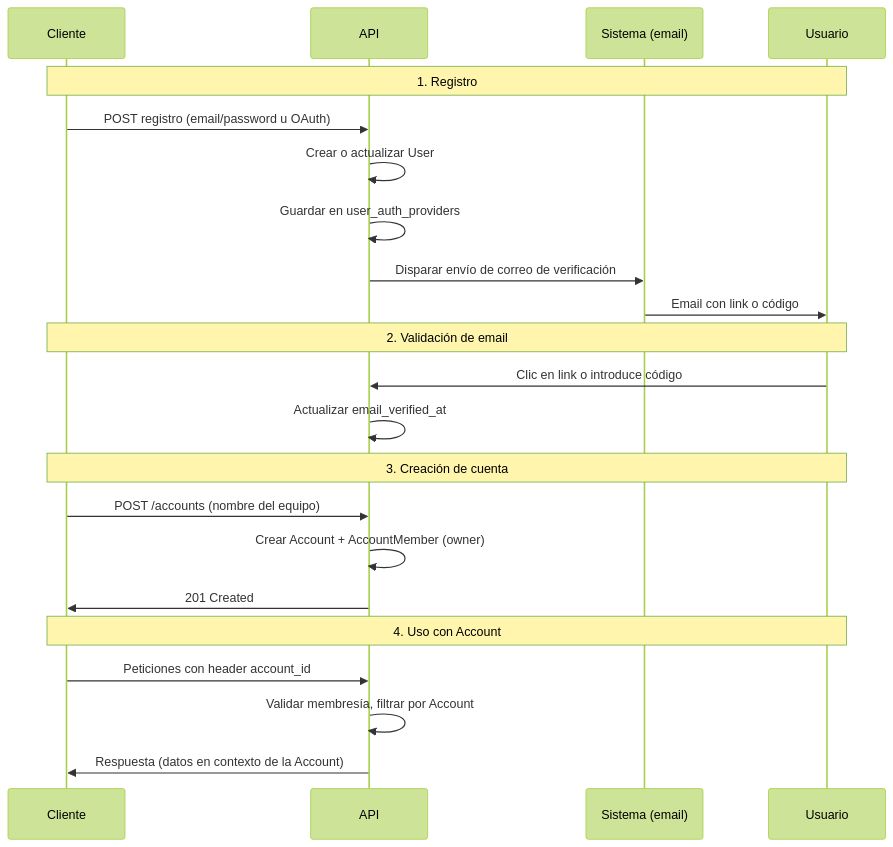
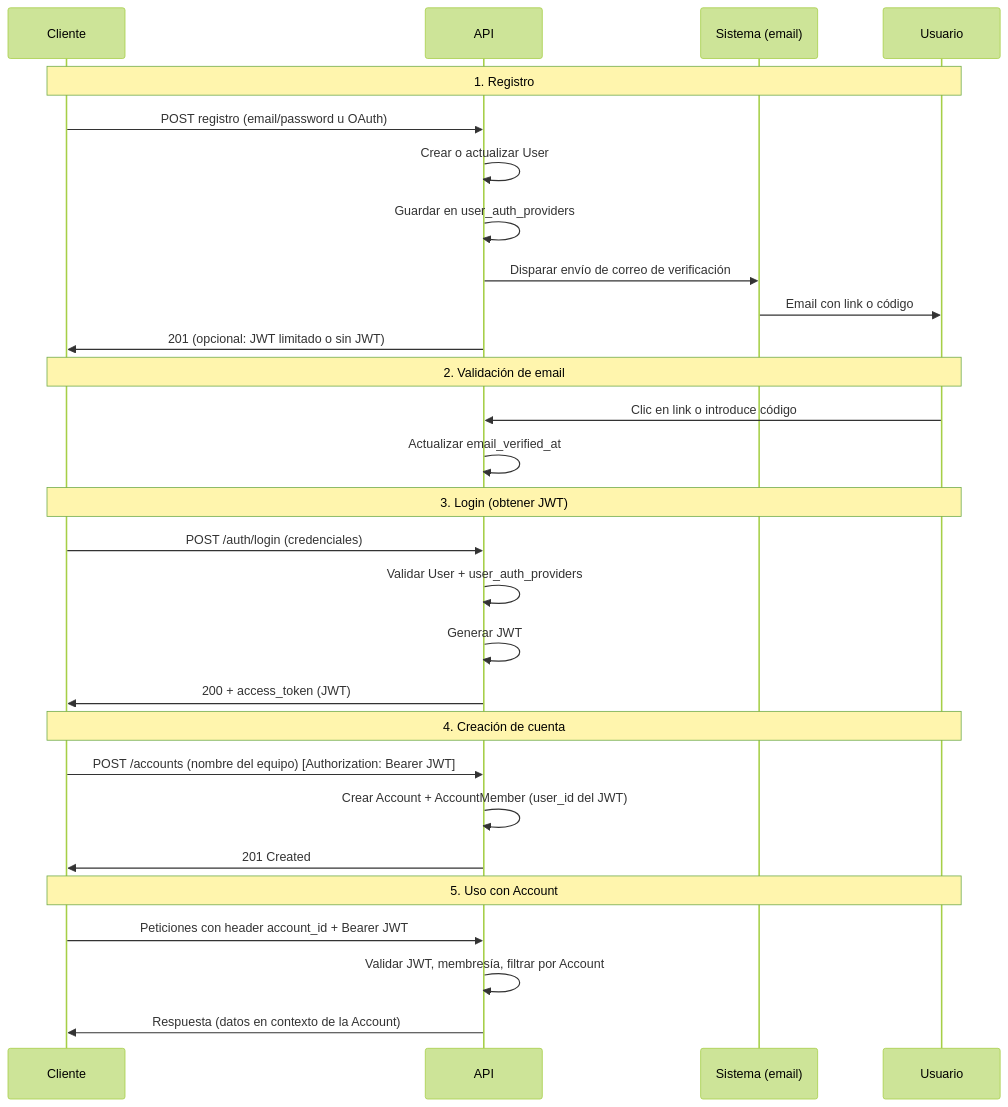
Before and after one commit to cloudflax/api.cloudflax: the first of 3 diagrams in docs/ACCOUNTS_AND_DATA_OWNERSHIP.md, drawn with Mermaid (forest theme). The commit also changed other lines of this file, not shown here.

First line of the commit message:
Revise accounts and data ownership documentation to detail login flow and JWT generation

````diff
--- a/docs/ACCOUNTS_AND_DATA_OWNERSHIP.md
+++ b/docs/ACCOUNTS_AND_DATA_OWNERSHIP.md
@@ -50,28 +82,35 @@
 ```mermaid
 sequenceDiagram
   participant C as Cliente
   participant A as API
   participant S as Sistema (email)
   participant U as Usuario
 
   Note over C,U: 1. Registro
   C->>A: POST registro (email/password u OAuth)
   A->>A: Crear o actualizar User
   A->>A: Guardar en user_auth_providers
   A->>S: Disparar envío de correo de verificación
   S->>U: Email con link o código
+  A->>C: 201 (opcional: JWT limitado o sin JWT)
 
   Note over C,U: 2. Validación de email
   U->>A: Clic en link o introduce código
   A->>A: Actualizar email_verified_at
 
-  Note over C,U: 3. Creación de cuenta
-  C->>A: POST /accounts (nombre del equipo)
-  A->>A: Crear Account + AccountMember (owner)
+  Note over C,U: 3. Login (obtener JWT)
+  C->>A: POST /auth/login (credenciales)
+  A->>A: Validar User + user_auth_providers
+  A->>A: Generar JWT
+  A->>C: 200 + access_token (JWT)
+
+  Note over C,U: 4. Creación de cuenta
+  C->>A: POST /accounts (nombre del equipo) [Authorization: Bearer JWT]
+  A->>A: Crear Account + AccountMember (user_id del JWT)
   A->>C: 201 Created
 
-  Note over C,U: 4. Uso con Account
-  C->>A: Peticiones con header account_id
-  A->>A: Validar membresía, filtrar por Account
+  Note over C,U: 5. Uso con Account
+  C->>A: Peticiones con header account_id + Bearer JWT
+  A->>A: Validar JWT, membresía, filtrar por Account
   A->>C: Respuesta (datos en contexto de la Account)
 ```
````
